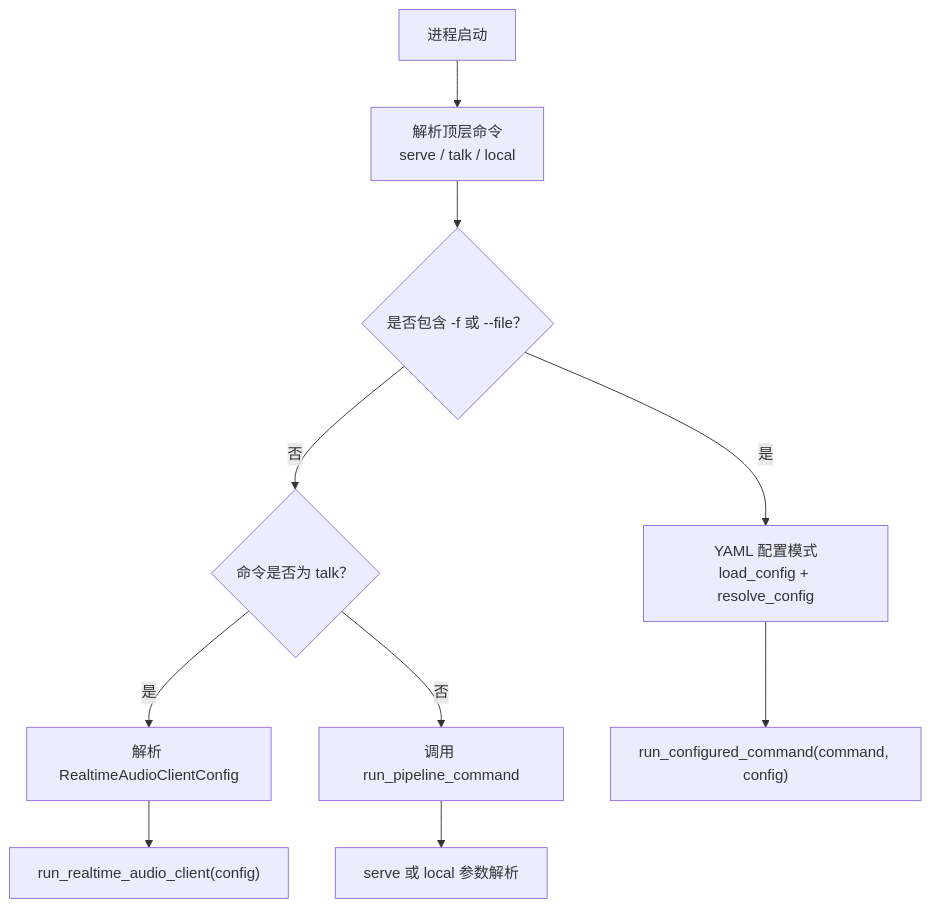
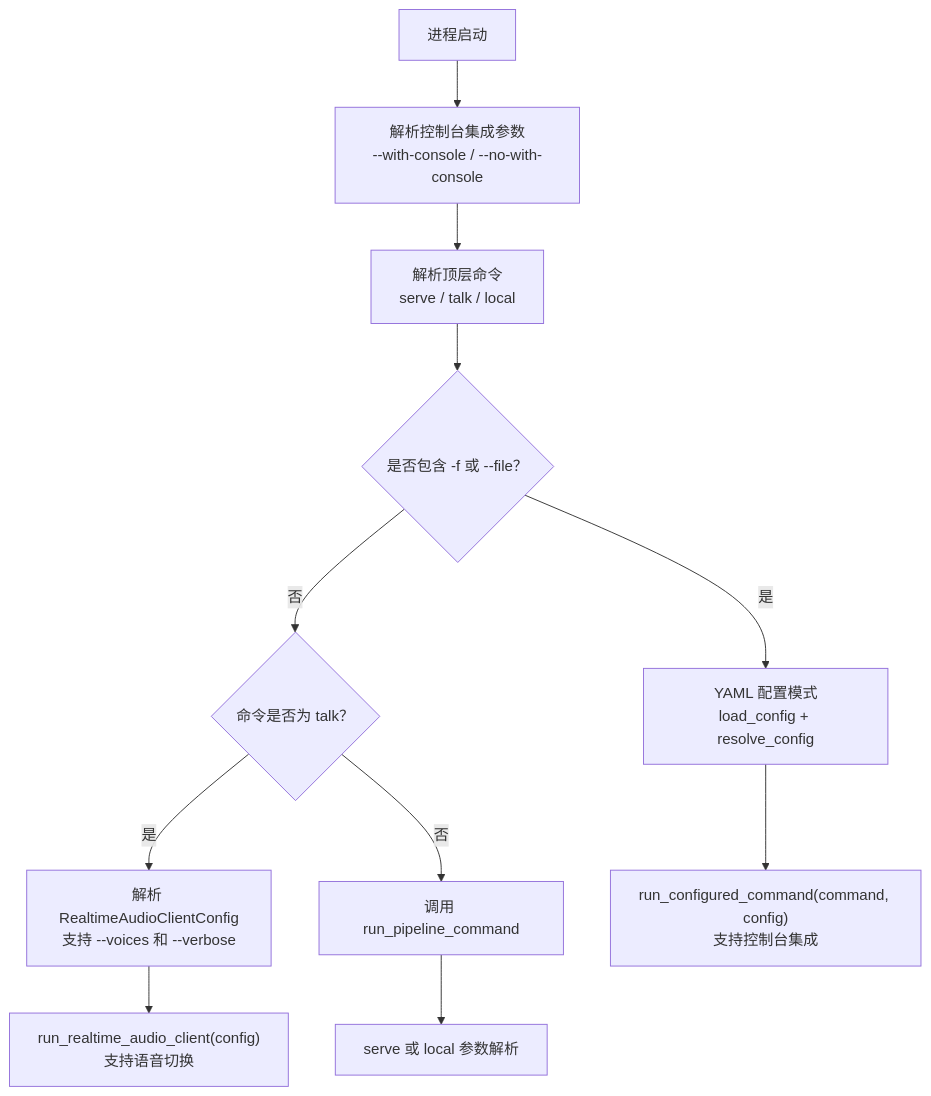
The diagram in .qoder/repowiki/zh/content/命令行接口参考.md (joezxh/speech-to-speech), drawn with Mermaid before and after one commit. The commit also changed other lines of this file and 1743 other files, not shown here.

````diff
--- a/.qoder/repowiki/zh/content/命令行接口参考.md
+++ b/.qoder/repowiki/zh/content/命令行接口参考.md
@@ -56,12 +69,13 @@
 ```mermaid
 flowchart TD
-Start["进程启动"] --> ParseTop["解析顶层命令<br/>serve / talk / local"]
+Start["进程启动"] --> ParseConsole["解析控制台集成参数<br/>--with-console / --no-with-console"]
+ParseConsole --> ParseTop["解析顶层命令<br/>serve / talk / local"]
 ParseTop --> HasFile{"是否包含 -f 或 --file？"}
 HasFile --> |是| FileMode["YAML 配置模式<br/>load_config + resolve_config"]
 HasFile --> |否| TalkCheck{"命令是否为 talk？"}
-TalkCheck --> |是| TalkParse["解析 RealtimeAudioClientConfig"]
+TalkCheck --> |是| TalkParse["解析 RealtimeAudioClientConfig<br/>支持 --voices 和 --verbose"]
 TalkCheck --> |否| PipelineRun["调用 run_pipeline_command"]
-FileMode --> RunConfigured["run_configured_command(command, config)"]
-TalkParse --> RunTalk["run_realtime_audio_client(config)"]
+FileMode --> RunConfigured["run_configured_command(command, config)<br/>支持控制台集成"]
+TalkParse --> RunTalk["run_realtime_audio_client(config)<br/>支持语音切换"]
 PipelineRun --> ServeLocal["serve 或 local 参数解析"]
 ```
````
